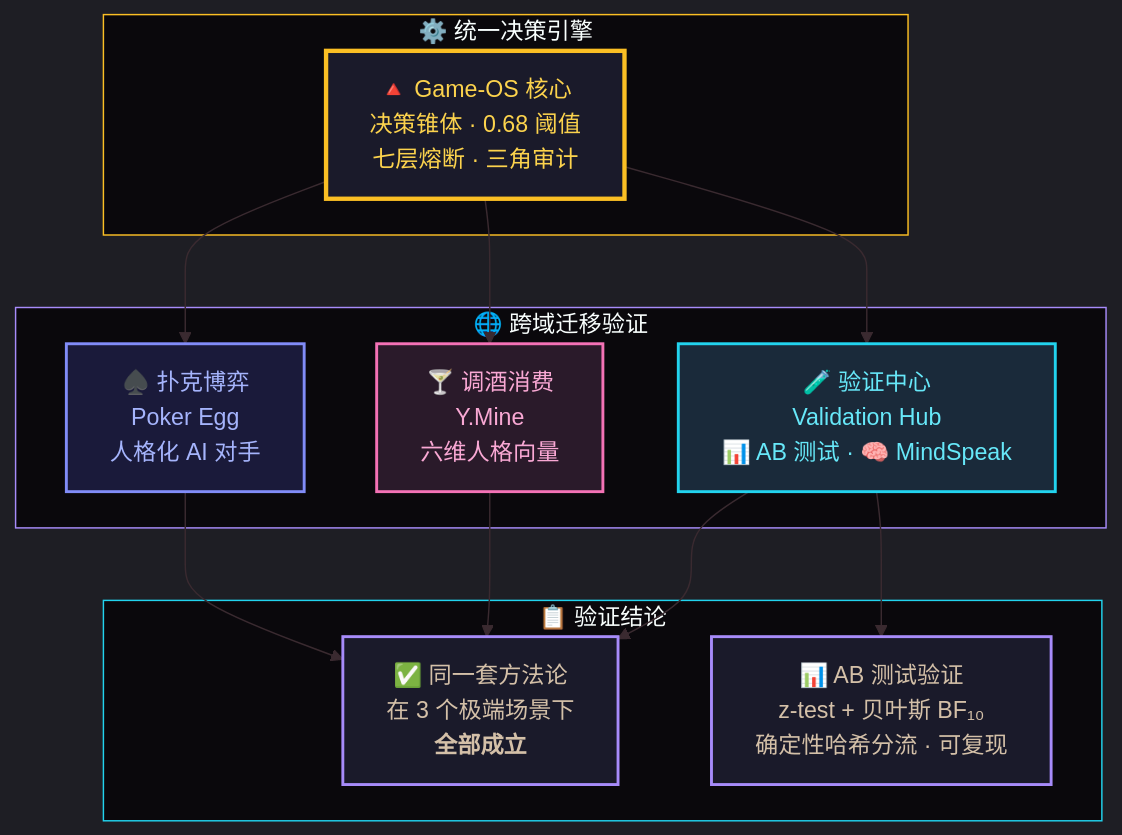
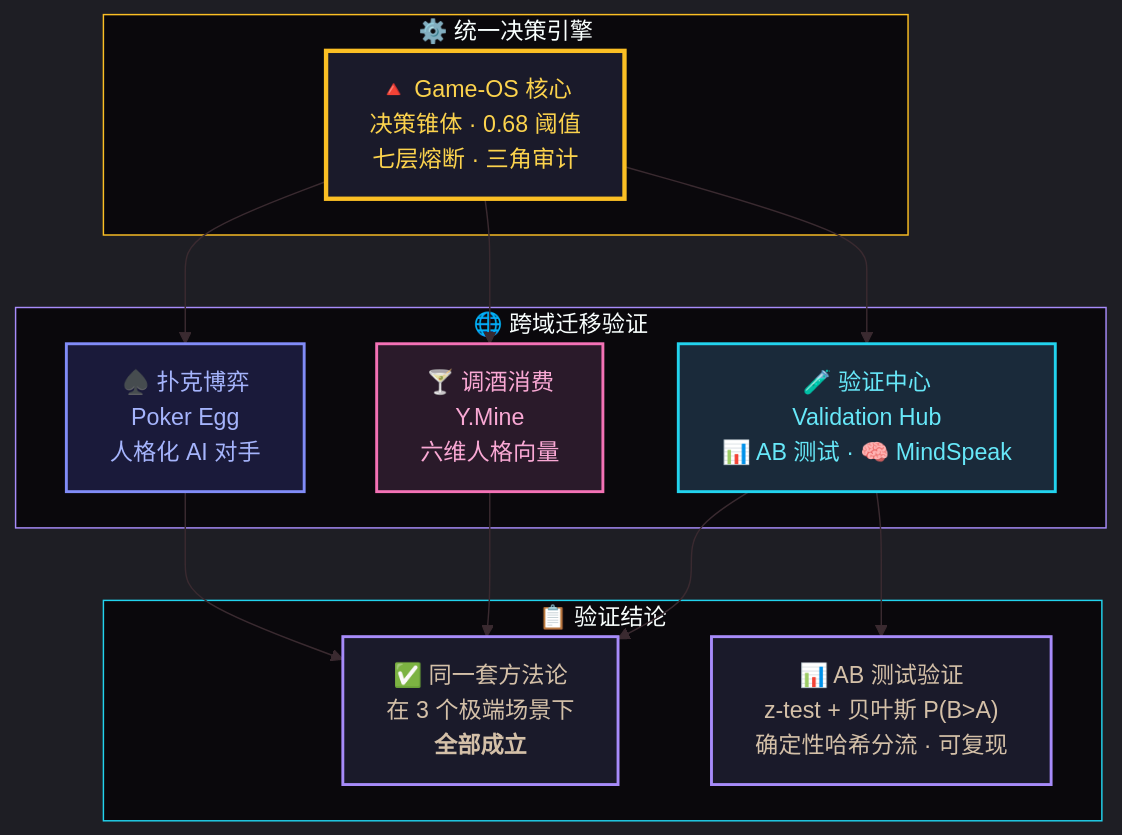
Before and after one commit to HelloMInd-star/ymine-validation-hub: the fourth of 4 diagrams in README.md, drawn with Mermaid. The commit also changed other lines of this file and 12 other files, not shown here.

````diff
--- a/README.md
+++ b/README.md
@@ -242,40 +243,40 @@
 ```mermaid
 %%{init: {'theme': 'dark', 'themeVariables': {
   'background': '#0a080c',
   'primaryColor': '#A78BFA',
   'primaryBorderColor': '#A78BFA',
   'primaryTextColor': '#d4c0a8',
   'secondaryColor': '#1a1420',
   'tertiaryColor': '#0e0b10',
   'lineColor': '#3a2a30'
 }}}%%
 graph TB
     subgraph engine["⚙️ 统一决策引擎"]
         C["🔺 Game-OS 核心<br>决策锥体 · 0.68 阈值<br>七层熔断 · 三角审计"]:::core
     end
 
     subgraph domains["🌐 跨域迁移验证"]
         D1["♠️ 扑克博弈<br>Poker Egg<br>人格化 AI 对手"]:::domain1
         D2["🍸 调酒消费<br>Y.Mine<br>六维人格向量"]:::domain2
         D3["🧪 验证中心<br>Validation Hub<br>📊 AB 测试 · 🧠 MindSpeak"]:::domain3
     end
 
     subgraph evidence["📋 验证结论"]
         E1["✅ 同一套方法论<br>在 3 个极端场景下<br><b>全部成立</b>"]:::evidence
-        E2["📊 AB 测试验证<br>z-test + 贝叶斯 BF₁₀<br>确定性哈希分流 · 可复现"]:::evidence
+        E2["📊 AB 测试验证<br>z-test + 贝叶斯 P(B>A)<br>确定性哈希分流 · 可复现"]:::evidence
     end
 
     C --> D1 & D2 & D3
     D1 & D2 & D3 --> E1
     D3 --> E2
 
     classDef core fill:#1a1a2a,stroke:#FBBF24,stroke-width:3px,color:#FCD34D;
     classDef domain1 fill:#1a1a3a,stroke:#818CF8,stroke-width:2px,color:#A5B4FC;
     classDef domain2 fill:#2a1a2a,stroke:#F472B6,stroke-width:2px,color:#F9A8D4;
     classDef domain3 fill:#1a2a3a,stroke:#22D3EE,stroke-width:2px,color:#67E8F9;
     classDef evidence fill:#1a1a2a,stroke:#A78BFA,stroke-width:2px,color:#d4c0a8;
 
     style engine fill:#0a080c,stroke:#FBBF24,stroke-width:1px
     style domains fill:#0a080c,stroke:#A78BFA,stroke-width:1px
     style evidence fill:#0a080c,stroke:#22D3EE,stroke-width:1px
 ```
````
